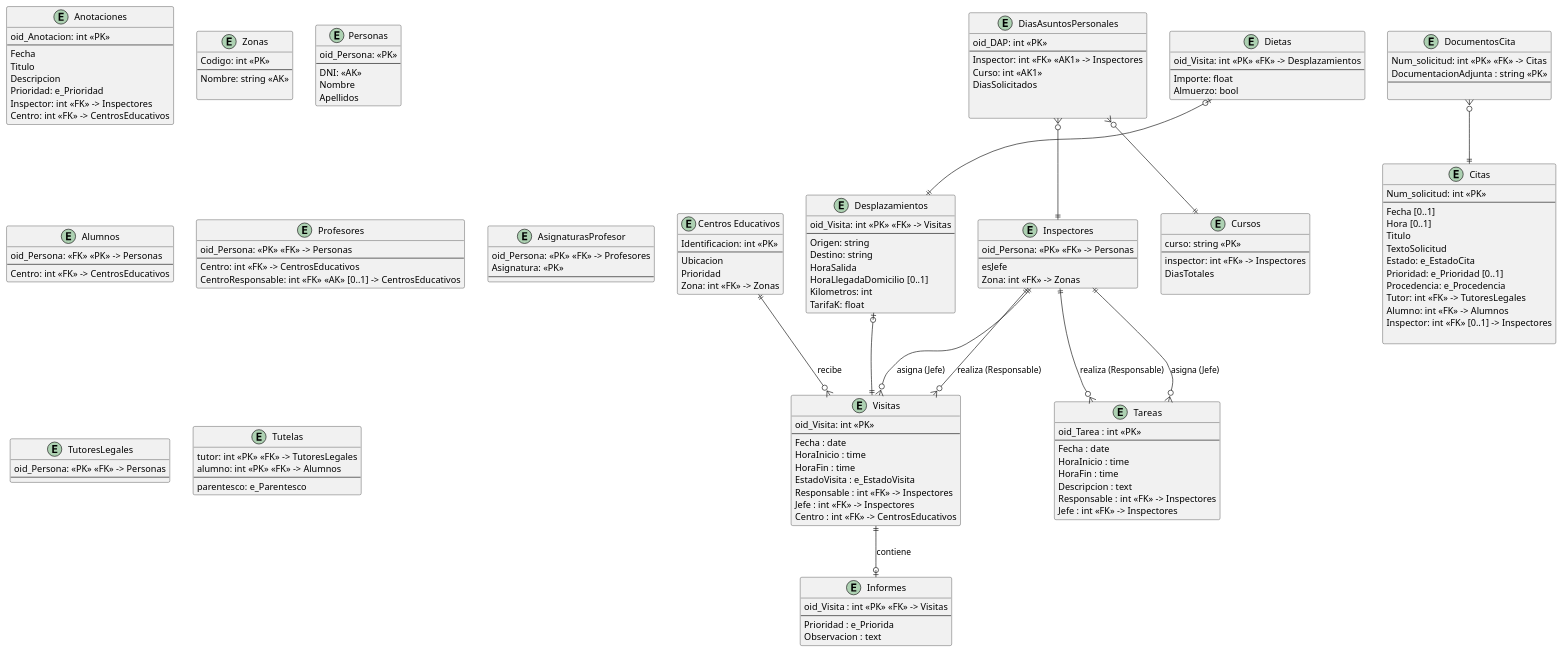
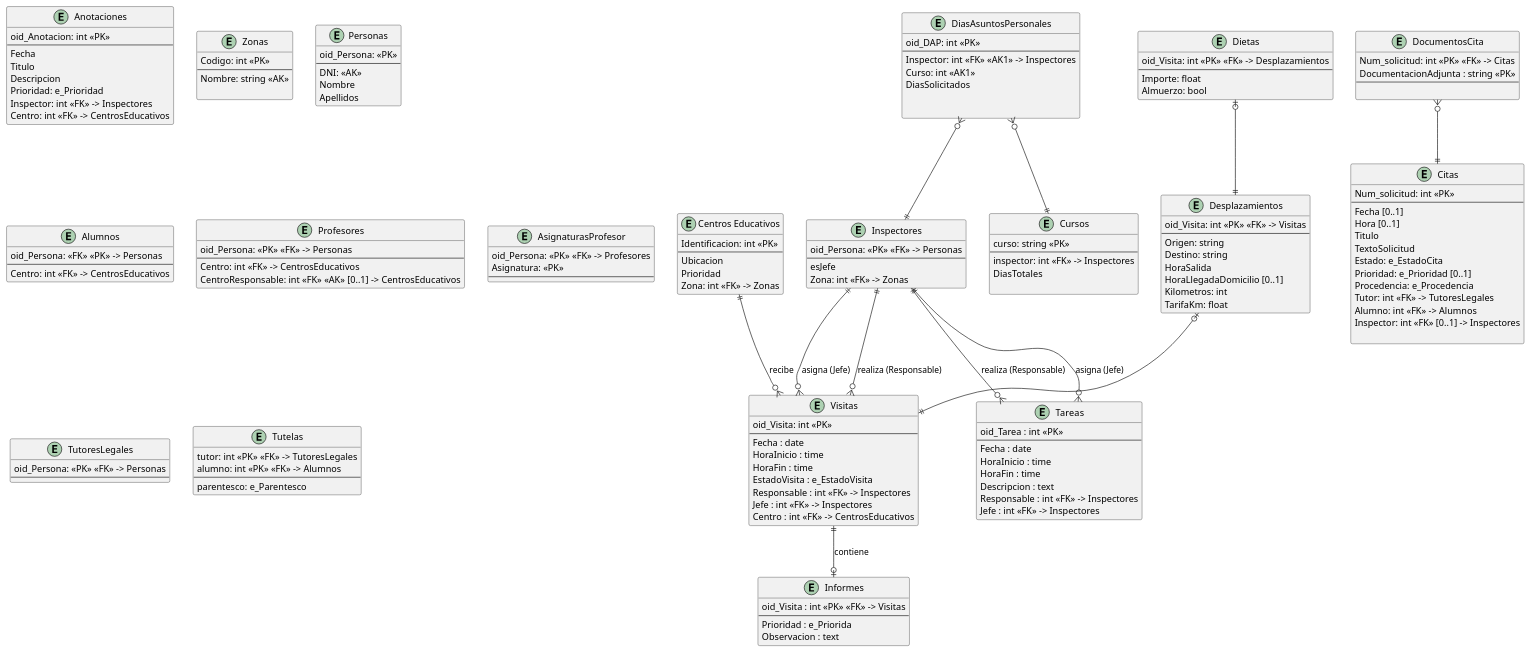
The diagram in modelado/modelado_relacional.puml (lorenzomaranon/ProyectoBD_Inspeccion_Educativa), drawn with PlantUML before and after one commit.

Commit message:
Añade el mismo nombre en entidad desplazamientos (TarifaKm)

```diff
--- a/modelado/modelado_relacional.puml
+++ b/modelado/modelado_relacional.puml
@@ -1,191 +1,191 @@
 @startuml modelado_relacional
 hide methods
 skinparam ClassAttributeIconSize 0
 
 
 entity "Centros Educativos" as CentrosEducativos {
     Identificacion: int <<PK>>
     --
     Ubicacion
     Prioridad
     Zona: int <<FK>> -> Zonas
 }
 
 
 entity DocumentosCita {
     Num_solicitud: int <<PK>> <<FK>> -> Citas
     DocumentacionAdjunta : string <<PK>>
     --
      
 }
 entity Citas {
     Num_solicitud: int <<PK>> 
     --
     Fecha [0..1]
     Hora [0..1]
     Titulo
     TextoSolicitud
     Estado: e_EstadoCita
     Prioridad: e_Prioridad [0..1]
     Procedencia: e_Procedencia
     Tutor: int <<FK>> -> TutoresLegales
     Alumno: int <<FK>> -> Alumnos
     Inspector: int <<FK>> [0..1] -> Inspectores
 
 }
 
 entity Anotaciones {
     oid_Anotacion: int <<PK>>
     --
     Fecha
     Titulo
     Descripcion
     Prioridad: e_Prioridad
     Inspector: int <<FK>> -> Inspectores
     Centro: int <<FK>> -> CentrosEducativos
 }
 
 
 
 entity Visitas {
     oid_Visita: int <<PK>>
     --
     Fecha : date
     HoraInicio : time
     HoraFin : time
     EstadoVisita : e_EstadoVisita
     Responsable : int <<FK>> -> Inspectores
     Jefe : int <<FK>> -> Inspectores
     Centro : int <<FK>> -> CentrosEducativos
 }
 
 entity Informes {
     oid_Visita : int <<PK>> <<FK>> -> Visitas
     --
     Prioridad : e_Priorida
     Observacion : text
 }
 
 entity Tareas {
     oid_Tarea : int <<PK>>
     --
     Fecha : date
     HoraInicio : time
     HoraFin : time
     Descripcion : text
     Responsable : int <<FK>> -> Inspectores
     Jefe : int <<FK>> -> Inspectores
 }
 
 
 
 entity Zonas {
     Codigo: int <<PK>>
     --
     Nombre: string <<AK>>
     
 }
 
 entity Personas {
     oid_Persona: <<PK>>
     --
     DNI: <<AK>>
     Nombre
     Apellidos
 }
 
 entity Inspectores {
     oid_Persona: <<PK>> <<FK>> -> Personas
     --
     esJefe
     Zona: int <<FK>> -> Zonas
 }
 entity Alumnos {
     oid_Persona: <<FK>> <<PK>> -> Personas
     --
     Centro: int <<FK>> -> CentrosEducativos
 }
 
 entity Profesores {
     oid_Persona: <<PK>> <<FK>> -> Personas
     --
     Centro: int <<FK>> -> CentrosEducativos
     CentroResponsable: int <<FK>> <<AK>> [0..1] -> CentrosEducativos
 }
 
 entity AsignaturasProfesor {
     oid_Persona: <<PK>> <<FK>> -> Profesores
     Asignatura: <<PK>>
     --
 }
 
 entity TutoresLegales {
     oid_Persona: <<PK>> <<FK>> -> Personas
     --
 }
 
 entity Tutelas {
     tutor: int <<PK>> <<FK>> -> TutoresLegales
     alumno: int <<PK>> <<FK>> -> Alumnos
     --
     parentesco: e_Parentesco
 }
 
 Inspectores ||--o{ Visitas : realiza (Responsable)
 Inspectores ||--o{ Visitas : asigna (Jefe)
 Inspectores ||--o{ Tareas : realiza (Responsable)
 Inspectores ||--o{ Tareas : asigna (Jefe)
 CentrosEducativos ||--o{ Visitas : recibe
 Visitas ||--o| Informes : contiene
 
 
 entity Desplazamientos {
     oid_Visita: int <<PK>> <<FK>> -> Visitas
     --
     Origen: string
     Destino: string
     HoraSalida
     HoraLlegadaDomicilio [0..1]
     Kilometros: int
-    TarifaK: float
+    TarifaKm: float
 }
 
 
 entity Dietas {
     oid_Visita: int <<PK>> <<FK>> -> Desplazamientos
     --
     Importe: float
     Almuerzo: bool
 }
 
 
 Desplazamientos |o--||Visitas
 Dietas |o--||Desplazamientos
 
 
 entity DiasAsuntosPersonales {
     oid_DAP: int <<PK>>
     --
     Inspector: int <<FK>> <<AK1>> -> Inspectores
     Curso: int <<AK1>>
     DiasSolicitados
     
     
 }
 
 
 entity Cursos {
     curso: string <<PK>>
     --
     inspector: int <<FK>> -> Inspectores
     DiasTotales
 
 }
 
 DiasAsuntosPersonales }o--||Cursos
 DiasAsuntosPersonales }o--||Inspectores
 
 '------- ASOCIACIONES --------------------------------------
 DocumentosCita }o--|| Citas
 
 @enduml
```
